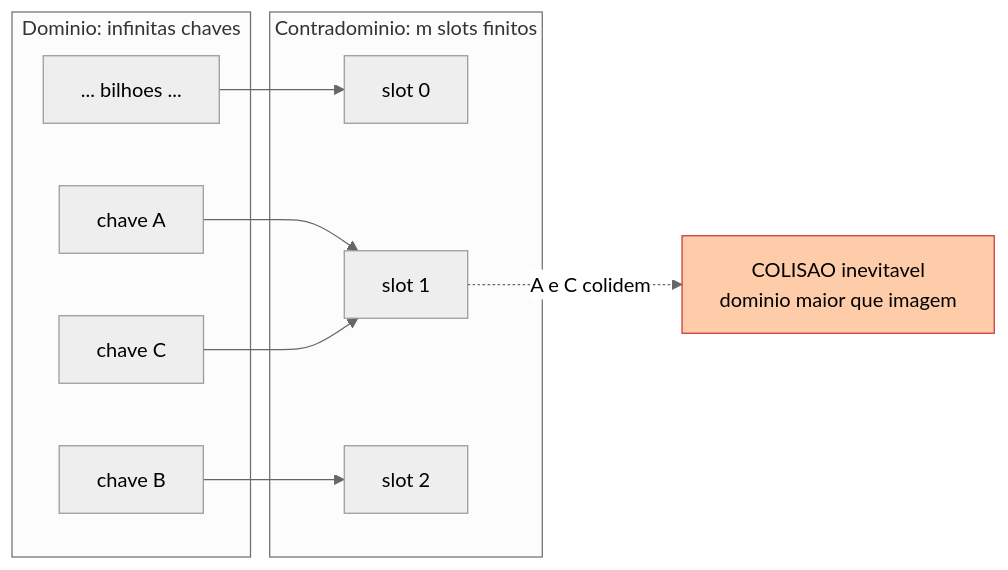
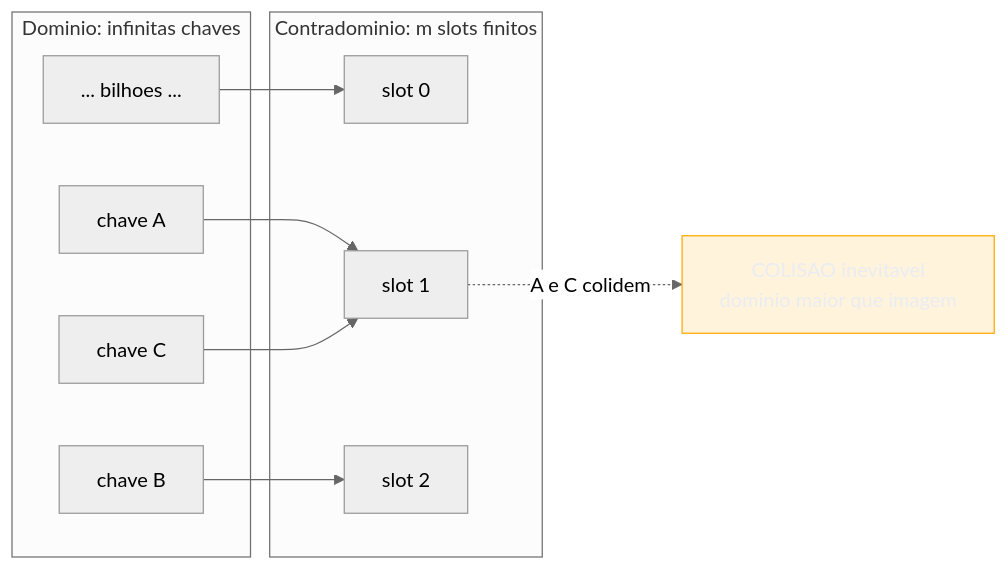
Before and after one commit to josenaldo/codex-technomanticus: the second of 5 diagrams in 03-Dominios/Ciência/Matemática para Computação/12 - Princípios combinatórios - casa dos pombos e inclusão-exclusão.md, drawn with Mermaid (neutral theme). The commit also changed other lines of this file and 1181 other files, not shown here.

First line of the commit message:
fix(diagramas): paleta do sistema no lugar de cor cravada no markdown

````diff
--- a/03-Dominios/Ciência/Matemática para Computação/12 - Princípios combinatórios - casa dos pombos e inclusão-exclusão.md
+++ b/03-Dominios/Ciência/Matemática para Computação/12 - Princípios combinatórios - casa dos pombos e inclusão-exclusão.md
@@ -125,20 +127,21 @@
 ```mermaid
 flowchart LR
+    classDef destaque fill:#FFAA0024,stroke:#FFAA00,color:#E9ECF2
     subgraph DOM["Dominio: infinitas chaves"]
         K1["chave A"]
         K2["chave B"]
         K3["chave C"]
         K4["... bilhoes ..."]
     end
     subgraph IMG["Contradominio: m slots finitos"]
         S0["slot 0"]
         S1["slot 1"]
         S2["slot 2"]
     end
     K1 --> S1
     K2 --> S2
     K3 --> S1
     K4 --> S0
     S1 -. "A e C colidem" .-> COL["COLISAO inevitavel<br/>dominio maior que imagem"]
-    style COL fill:#fca,stroke:#c33
+    class COL destaque
 ```
````
